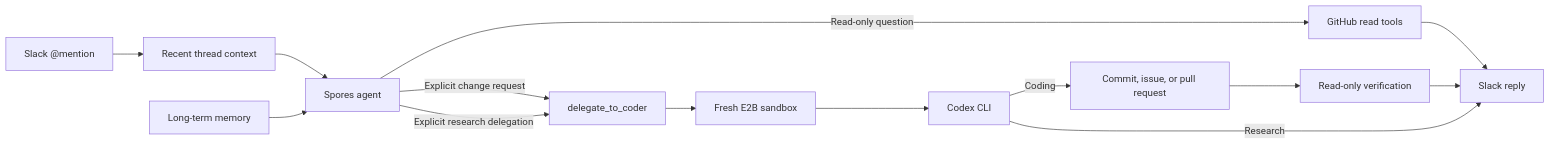
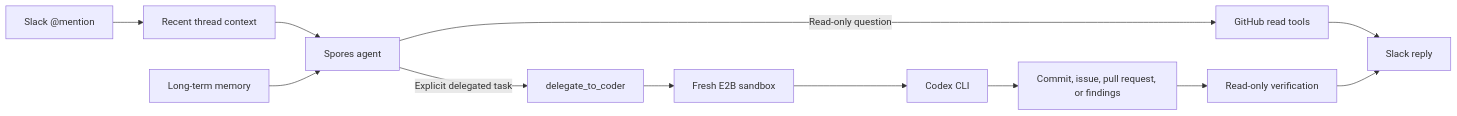
Before and after one commit to hetsaraiya/spores: the diagram in README.md, drawn with Mermaid. The commit also changed other lines of this file and 6 other files, not shown here.

````diff
--- a/README.md
+++ b/README.md
@@ -34,16 +34,14 @@
 ```mermaid
 flowchart LR
     Slack["Slack @mention"] --> Context["Recent thread context"]
     Context --> Agent["Spores agent"]
     Memory["Long-term memory"] --> Agent
     Agent -->|Read-only question| GitHub["GitHub read tools"]
-    Agent -->|Explicit change request| Delegate["delegate_to_coder"]
-    Agent -->|Explicit research delegation| Delegate
+    Agent -->|Explicit delegated task| Delegate["delegate_to_coder"]
     Delegate --> Sandbox["Fresh E2B sandbox"]
     Sandbox --> Codex["Codex CLI"]
-    Codex -->|Coding| PR["Commit, issue, or pull request"]
-    Codex -->|Research| Reply
+    Codex --> PR["Commit, issue, pull request, or findings"]
     PR --> Verify["Read-only verification"]
     GitHub --> Reply["Slack reply"]
     Verify --> Reply
 ```
````
